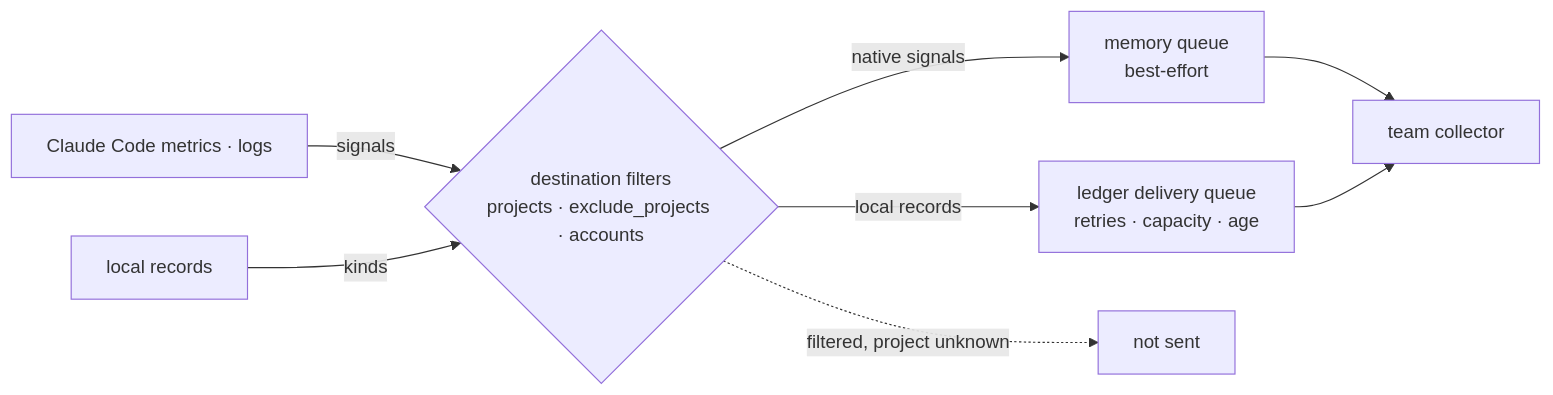
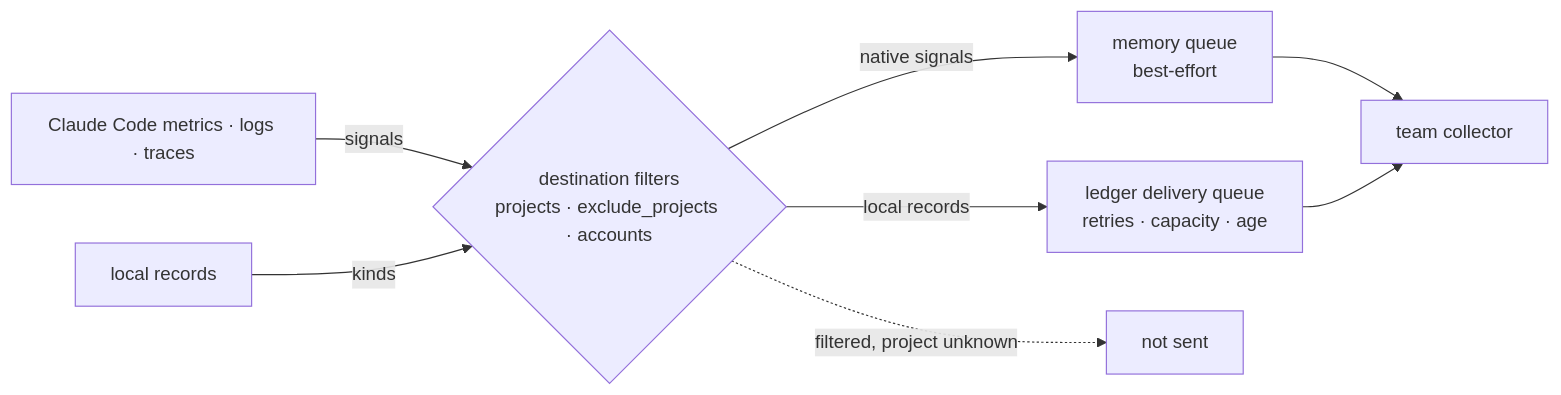
Before and after one commit to junyeong-ai/hatel: the second of 2 diagrams in README.en.md, drawn with Mermaid. The commit also changed other lines of this file and 14 other files, not shown here.

First line of the commit message:
feat(export): Claude Code trace를 그것을 고른 목적지로 중계한다

````diff
--- a/README.en.md
+++ b/README.en.md
@@ -191,8 +191,8 @@
 ```mermaid
 flowchart LR
-  N["Claude Code metrics · logs"] -->|"signals"| F{"destination filters<br/>projects · exclude_projects · accounts"}
+  N["Claude Code metrics · logs · traces"] -->|"signals"| F{"destination filters<br/>projects · exclude_projects · accounts"}
   K["local records"] -->|"kinds"| F
   F -->|"native signals"| M["memory queue<br/>best-effort"] --> T["team collector"]
   F -->|"local records"| Q["ledger delivery queue<br/>retries · capacity · age"] --> T
   F -.->|"filtered, project unknown"| X["not sent"]
 ```
````
